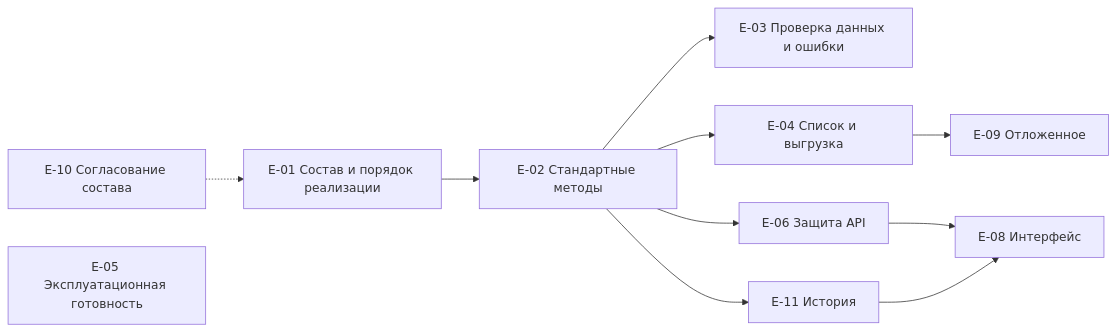
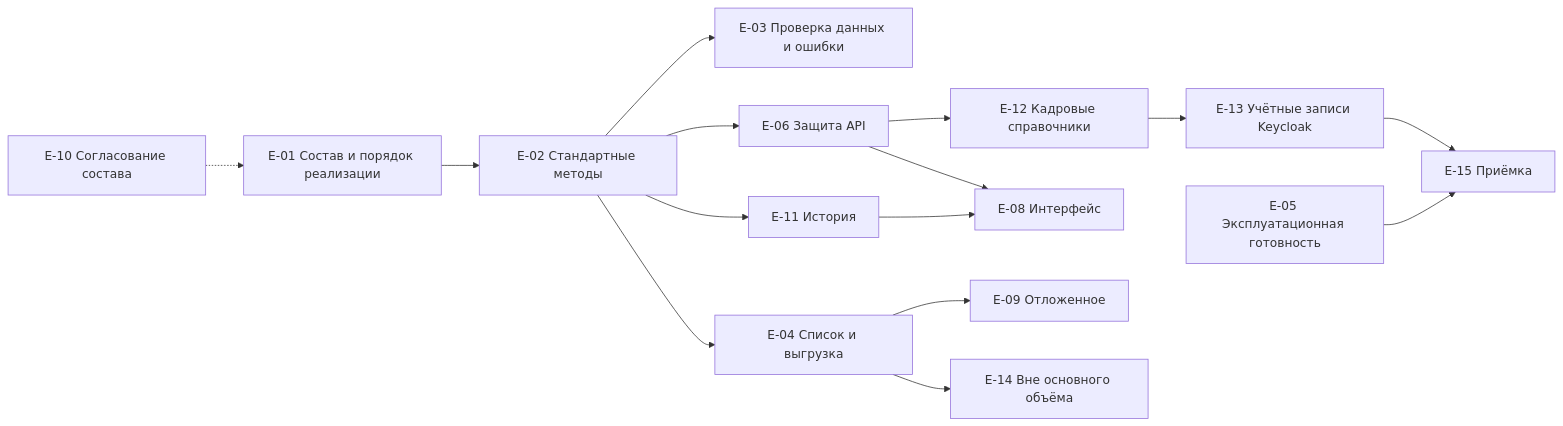
The diagram in reference-manager/documents/090.features-epics.md (MEPhI-C22-501/arch-info-system-monorepo), drawn with Mermaid before and after one commit. The commit also changed other lines of this file and 32 other files, not shown here.

````diff
--- a/reference-manager/documents/090.features-epics.md
+++ b/reference-manager/documents/090.features-epics.md
@@ -24,13 +38,18 @@
 ```mermaid
 flowchart LR
     E10["E-10 Согласование состава"] -.-> E01["E-01 Состав и порядок реализации"]
     E01 --> E02["E-02 Стандартные методы"]
     E02 --> E03["E-03 Проверка данных и ошибки"]
     E02 --> E04["E-04 Список и выгрузка"]
     E02 --> E11["E-11 История"]
     E05["E-05 Эксплуатационная готовность"]
     E02 --> E06["E-06 Защита API"]
+    E06 --> E12["E-12 Кадровые справочники"]
+    E12 --> E13["E-13 Учётные записи Keycloak"]
     E06 --> E08["E-08 Интерфейс"]
     E11 --> E08
+    E13 --> E15["E-15 Приёмка"]
+    E05 --> E15
     E04 --> E09["E-09 Отложенное"]
+    E04 --> E14["E-14 Вне основного объёма"]
 ```
````
